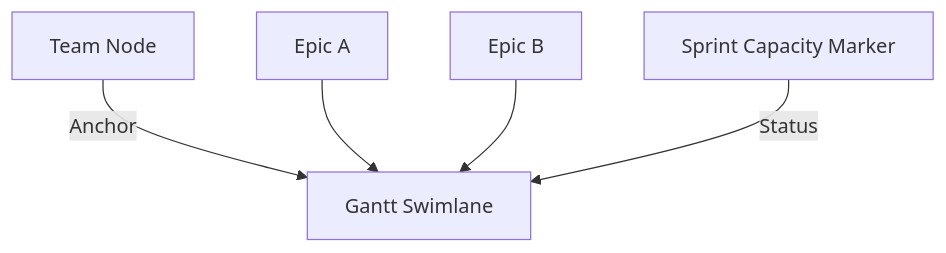
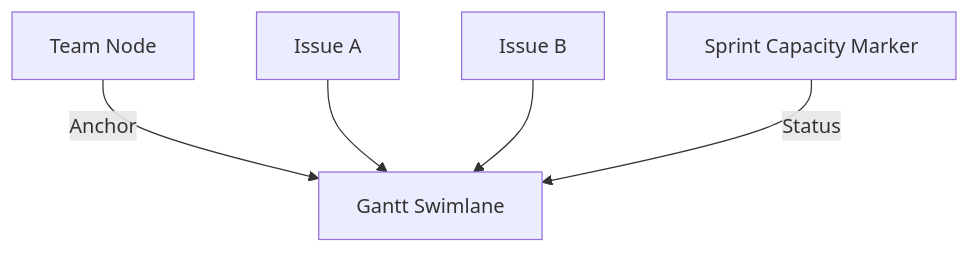
Before and after one commit to AlesKracik/ValueStream-DependencyTree: the diagram in doc/TEAMS.md, drawn with Mermaid. The commit also changed other lines of this file and 63 other files, not shown here.

````diff
--- a/doc/TEAMS.md
+++ b/doc/TEAMS.md
@@ -37,7 +37,7 @@
 ```mermaid
 graph TD
     Team[Team Node] -->|Anchor| Lane[Gantt Swimlane]
-    Epic1[Epic A] --> Lane
-    Epic2[Epic B] --> Lane
+    Issue1[Issue A] --> Lane
+    Issue2[Issue B] --> Lane
     Capacity[Sprint Capacity Marker] -->|Status| Lane
 ```
````
